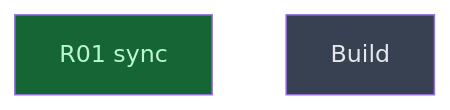
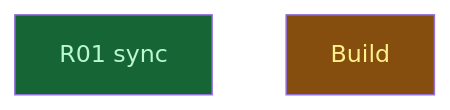
One commit to CrackingShells/cracking-shells-playbook changed the diagram in __roadmap__/m1-core-foundation/settle/README.md. Above: the diagram before and after it, drawn with Mermaid. The commit also changed other lines of this file and 3 other files, not shown here.

First line of the commit message:
chore(roadmap): close the m1 ci matrix

````diff
--- a/__roadmap__/m1-core-foundation/settle/README.md
+++ b/__roadmap__/m1-core-foundation/settle/README.md
@@ -17,10 +17,10 @@
 ```mermaid
 graph TD
     r01_sync[R01 sync]:::done
-    build[Build]:::planned
+    build[Build]:::inprogress
     classDef done       fill:#166534,color:#bbf7d0
     classDef inprogress fill:#854d0e,color:#fef08a
     classDef planned    fill:#374151,color:#e5e7eb
     classDef amendment  fill:#1e3a5f,color:#bfdbfe
     classDef blocked    fill:#7f1d1d,color:#fecaca
 ```
````
